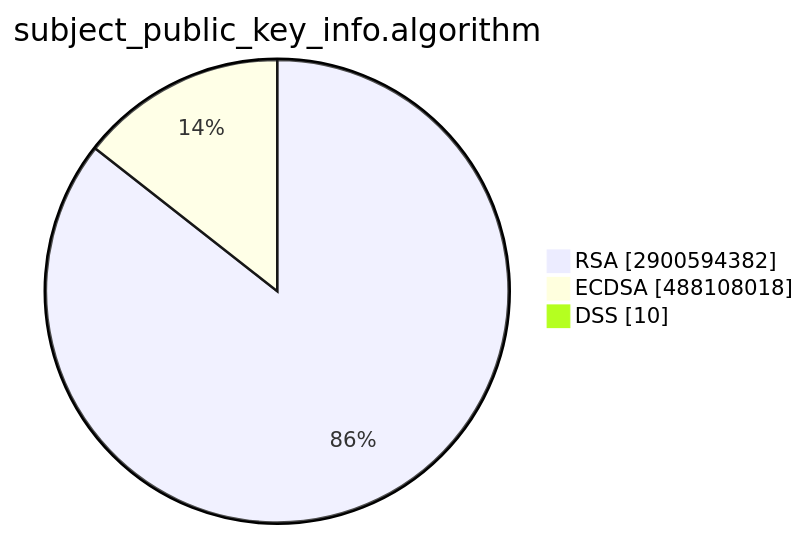
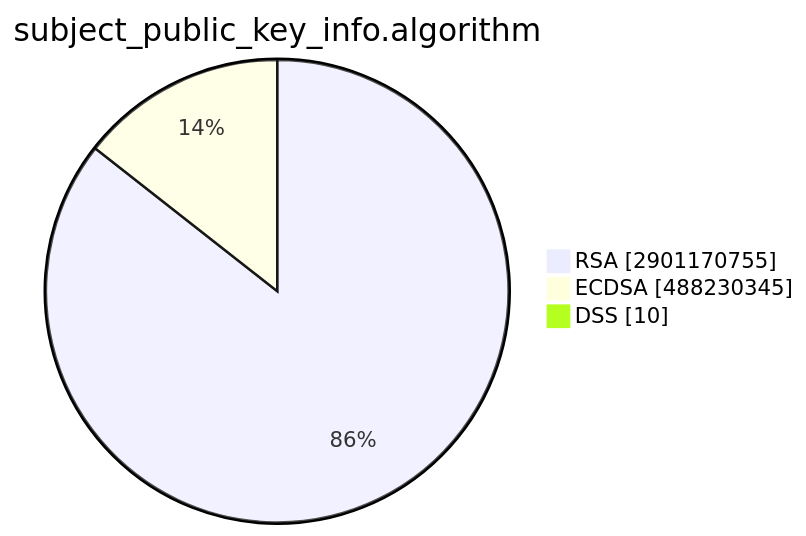
Before and after one commit to christiankrug/ctmonitor_visualization: the second of 15 diagrams in TOTAL/README.md, drawn with Mermaid. The commit also changed other lines of this file, not shown here.

````diff
--- a/TOTAL/README.md
+++ b/TOTAL/README.md
@@ -6,7 +6,7 @@
 ```mermaid
 pie showData
 title subject_public_key_info.algorithm
-"RSA" :2900594382
-"ECDSA" :488108018
+"RSA" :2901170755
+"ECDSA" :488230345
 "DSS" :10
 ```
````
